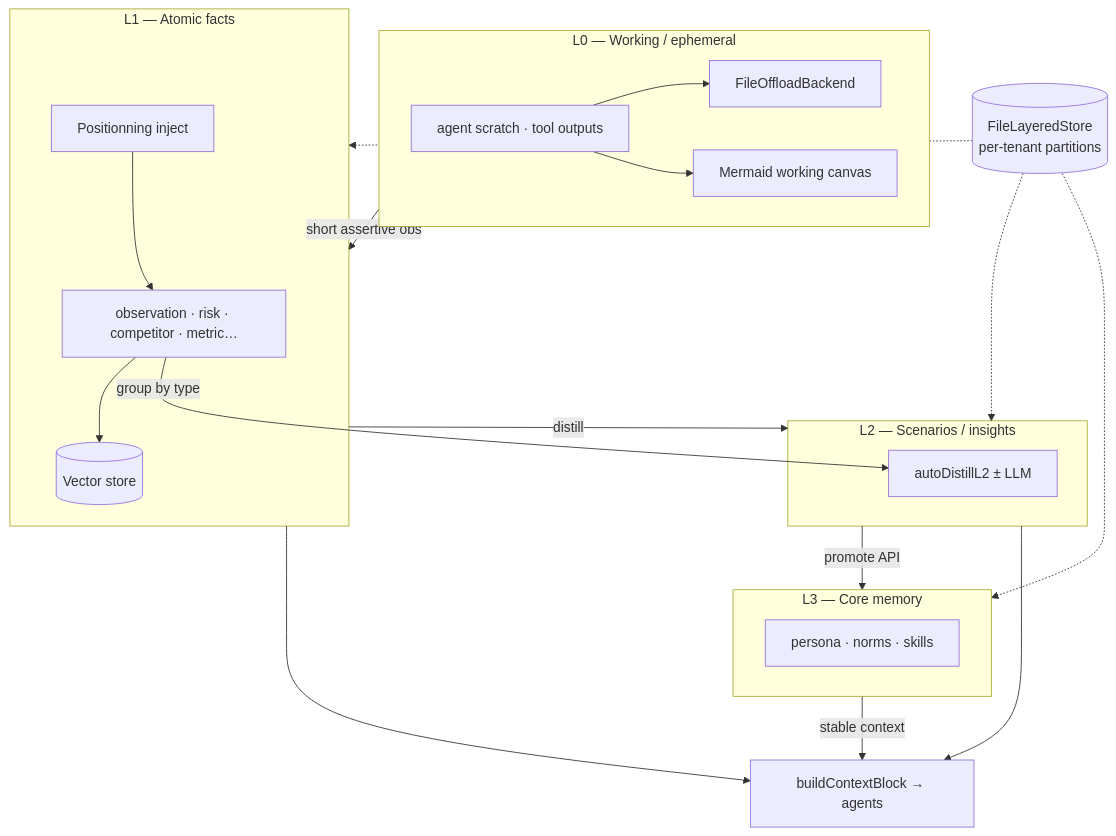
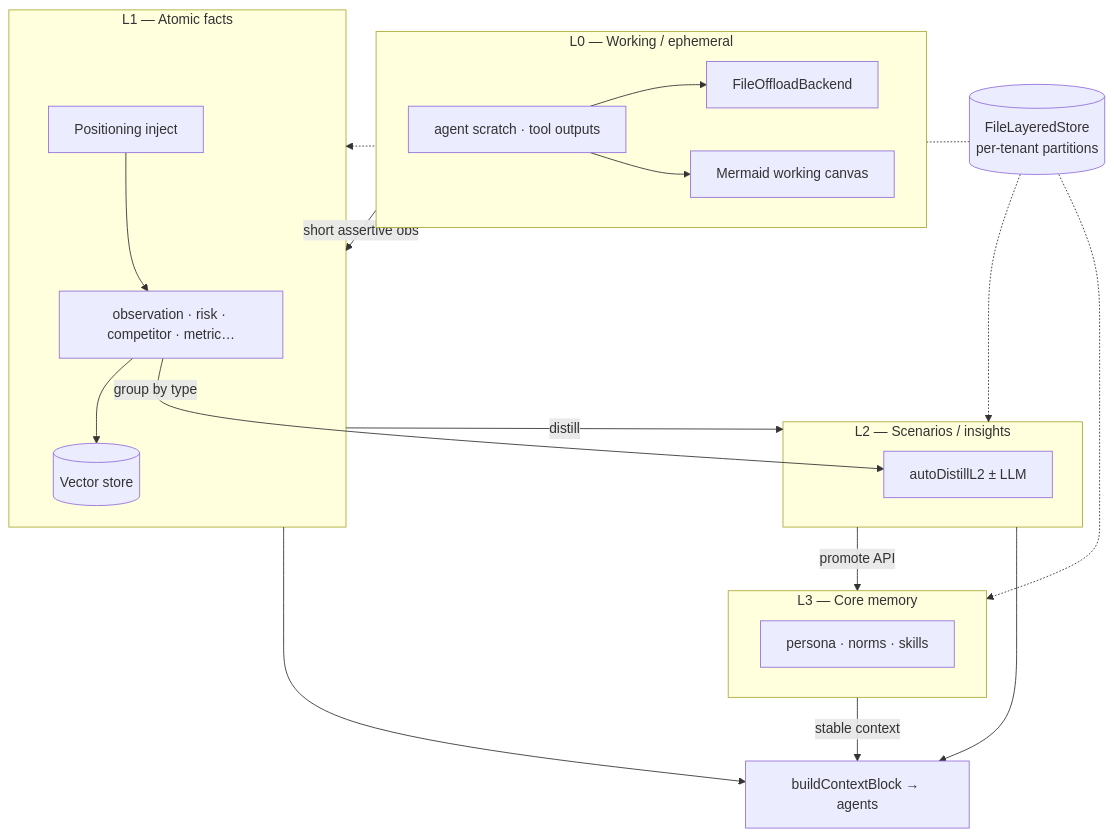
The fourth of 6 diagrams in README.md (Geoking2104/KayrosLab), drawn with Mermaid before and after one commit. The commit also changed other lines of this file, not shown here.

````diff
--- a/README.md
+++ b/README.md
@@ -147,38 +149,38 @@
 ```mermaid
 flowchart TB
   subgraph L0["L0 — Working / ephemeral"]
     W[agent scratch · tool outputs]
     OFF[FileOffloadBackend]
     CANVAS[Mermaid working canvas]
     W --> OFF
     W --> CANVAS
   end
 
   subgraph L1["L1 — Atomic facts"]
     F[observation · risk · competitor · metric…]
-    POS[Positionning inject]
+    POS[Positioning inject]
     POS --> F
     F --> VEC[(Vector store)]
   end
 
   subgraph L2["L2 — Scenarios / insights"]
     S[autoDistillL2 ± LLM]
     F -->|group by type| S
   end
 
   subgraph L3["L3 — Core memory"]
     C[persona · norms · skills]
   end
 
   L0 -->|short assertive obs| L1
   L1 -->|distill| L2
   L2 -->|promote API| L3
   L3 -->|stable context| CTX[buildContextBlock → agents]
   L2 --> CTX
   L1 --> CTX
 
   PERSIST[(FileLayeredStore
   per-tenant partitions)] -.-> L1
   PERSIST -.-> L2
   PERSIST -.-> L3
 ```
````
